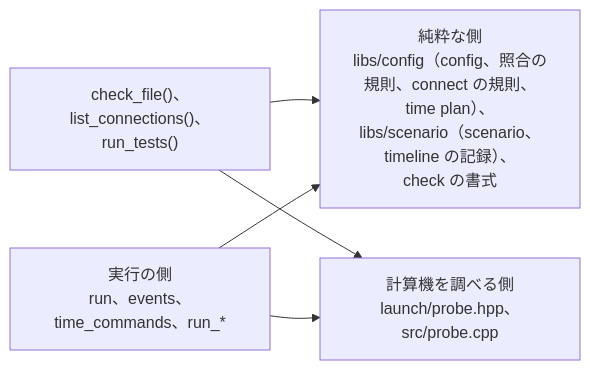
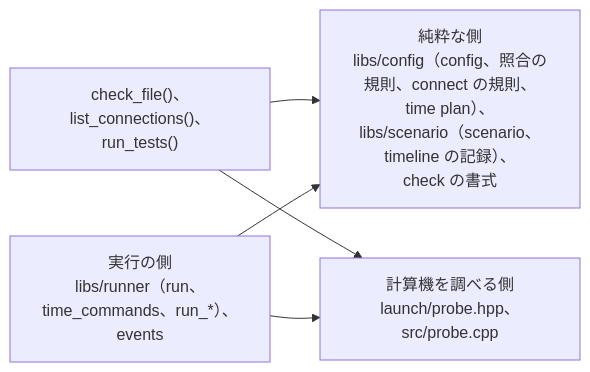
Before and after one commit to rahanahu/vehicle-sil: the second of 3 diagrams in docs/ja/architecture.md, drawn with Mermaid. The commit also changed other lines of this file and 124 other files, not shown here.

First line of the commit message:
build: move the run of the simulation into libs/runner

````diff
--- a/docs/ja/architecture.md
+++ b/docs/ja/architecture.md
@@ -221,11 +222,11 @@
 ```mermaid
 flowchart LR
     pure["純粋な側<br>libs/config（config、照合の規則、connect の規則、time plan）、<br>libs/scenario（scenario、timeline の記録）、<br>check の書式"]
     assemble["check_file()、list_connections()、run_tests()"]
     probe["計算機を調べる側<br>launch/probe.hpp、src/probe.cpp"]
-    run["実行の側<br>run、events、time_commands、run_*"]
+    run["実行の側<br>libs/runner（run、time_commands、run_*）、events"]
     assemble --> pure
     assemble --> probe
     run --> pure
     run --> probe
 ```
````
